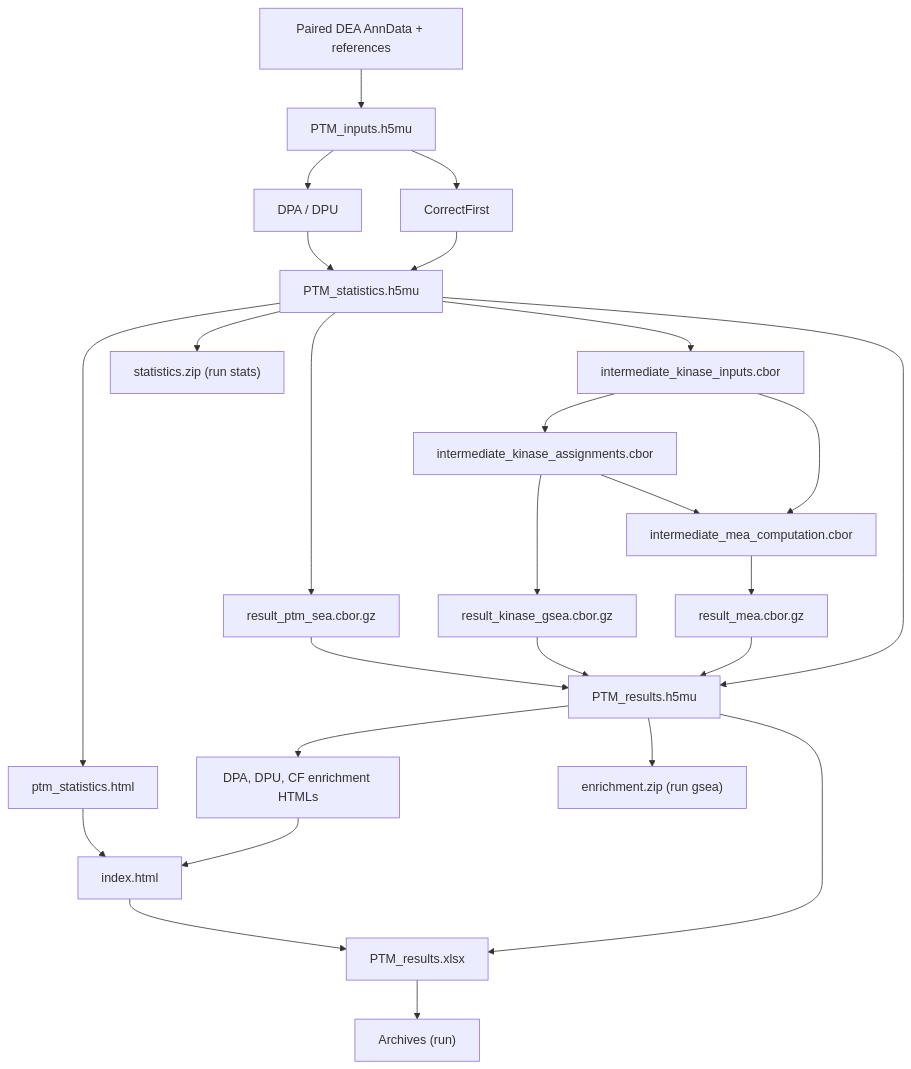
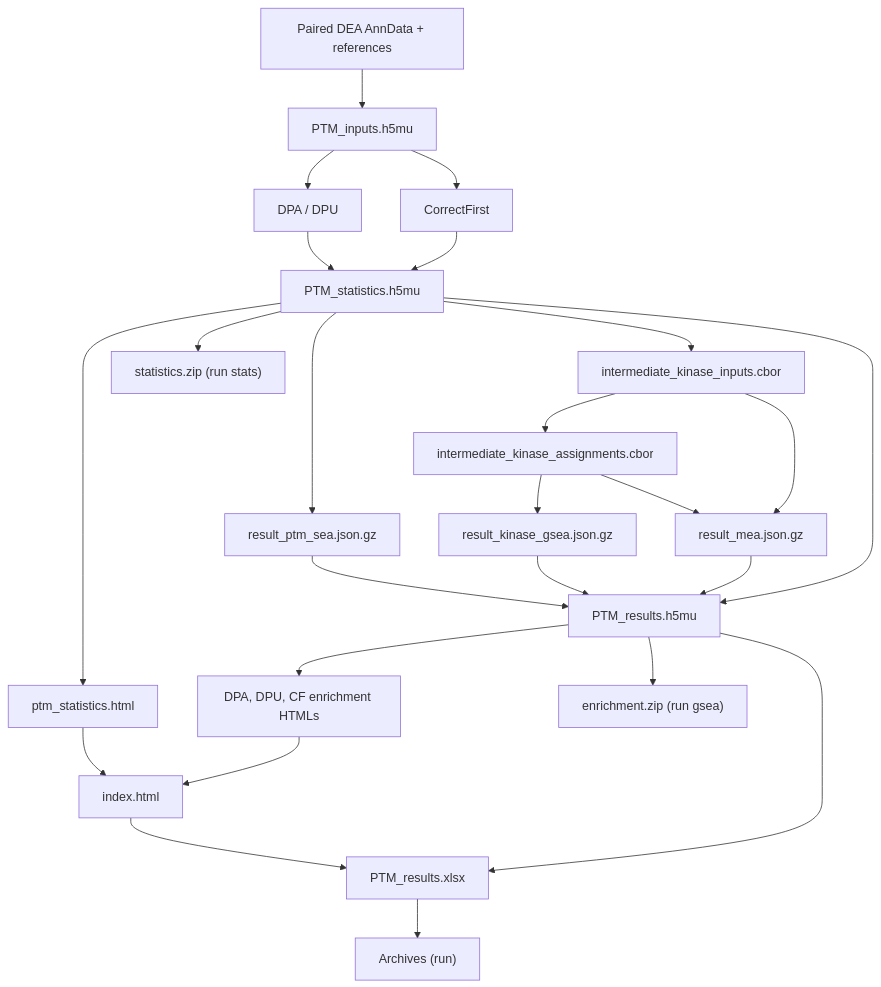
The diagram in docs/index.md (wolski/ptm-pipeline), drawn with Mermaid before and after one commit. The commit also changed other lines of this file and 18 other files, not shown here.

````diff
--- a/docs/index.md
+++ b/docs/index.md
@@ -71,28 +73,27 @@
 ```mermaid
 flowchart TB
     DEA["Paired DEA AnnData + references"] --> INPUT["PTM_inputs.h5mu"]
     INPUT --> DPA["DPA / DPU"]
     INPUT --> CF["CorrectFirst"]
     DPA --> STATS["PTM_statistics.h5mu"]
     CF --> STATS
     STATS --> STATS_REPORT["ptm_statistics.html"]
-    STATS --> SEA["result_ptm_sea.cbor.gz"]
+    STATS --> SEA["result_ptm_sea.json.gz"]
     STATS --> PREP["intermediate_kinase_inputs.cbor"]
     PREP --> ASSIGN["intermediate_kinase_assignments.cbor"]
-    ASSIGN --> GSEA["result_kinase_gsea.cbor.gz"]
-    ASSIGN --> MOTIF["intermediate_mea_computation.cbor"]
-    PREP --> MOTIF
-    MOTIF --> MEA["result_mea.cbor.gz"]
+    ASSIGN --> GSEA["result_kinase_gsea.json.gz"]
+    ASSIGN --> MEA["result_mea.json.gz"]
+    PREP --> MEA
     SEA --> FINAL["PTM_results.h5mu"]
     GSEA --> FINAL
     MEA --> FINAL
     STATS --> FINAL
     FINAL --> ENRICH_REPORT["DPA, DPU, CF enrichment HTMLs"]
     STATS_REPORT --> INDEX["index.html"]
     ENRICH_REPORT --> INDEX
     INDEX --> EXPORT["PTM_results.xlsx"]
     FINAL --> EXPORT
     EXPORT --> ZIP["Archives (run)"]
     STATS --> STATS_ZIP["statistics.zip (run stats)"]
     FINAL --> ENRICH_ZIP["enrichment.zip (run gsea)"]
 ```
````
